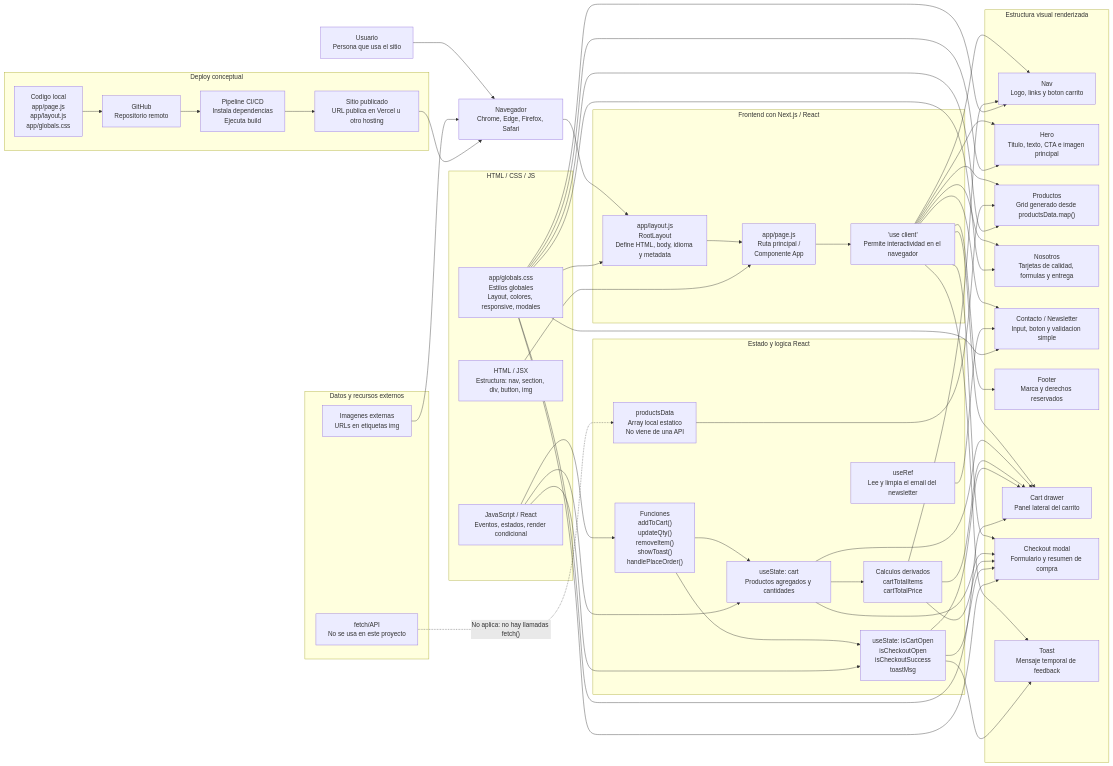
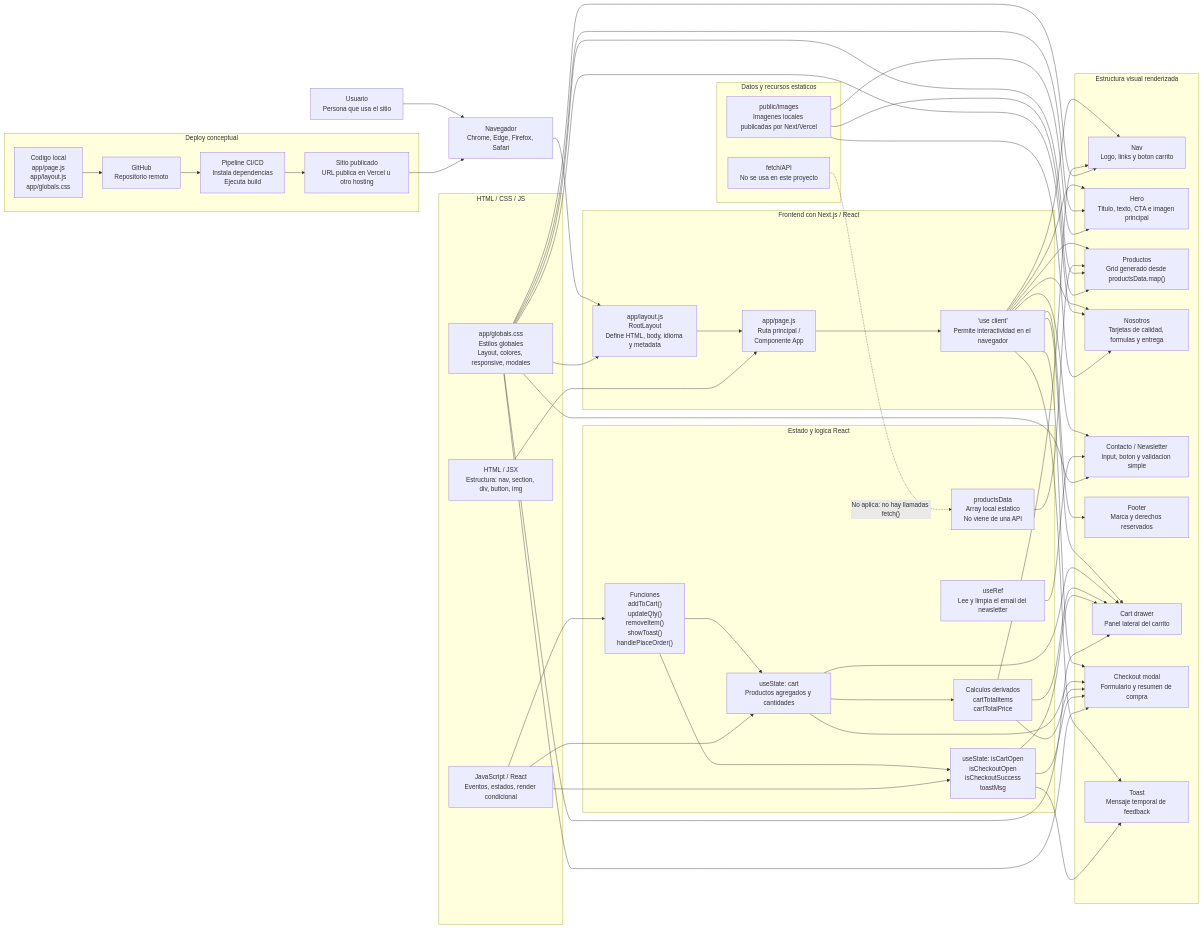
The diagram in docs/diagrama-frontend.md (apuelles/proyecto2), drawn with Mermaid before and after one commit. The commit also changed other lines of this file and 2 other files, not shown here.

```diff
--- a/docs/diagrama-frontend.md
+++ b/docs/diagrama-frontend.md
@@ -40,9 +40,9 @@
         js["JavaScript / React<br/>Eventos, estados, render condicional"]
     end
 
-    subgraph recursos["Datos y recursos externos"]
+    subgraph recursos["Datos y recursos estaticos"]
         fetch["fetch/API<br/>No se usa en este proyecto"]
-        imgs["Imagenes externas<br/>URLs en etiquetas img"]
+        imgs["public/images<br/>Imagenes locales publicadas por Next/Vercel"]
     end
 
     subgraph deploy["Deploy conceptual"]
@@ -94,7 +94,9 @@
     js --> stateUI
 
     fetch -. "No aplica: no hay llamadas fetch()" .-> productsData
-    imgs --> navegador
+    imgs --> hero
+    imgs --> productos
+    imgs --> nosotros
 
     codigo --> github
     github --> pipeline
```
